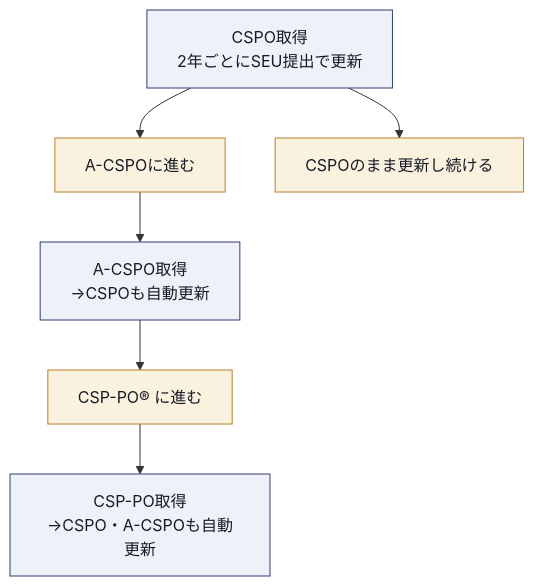
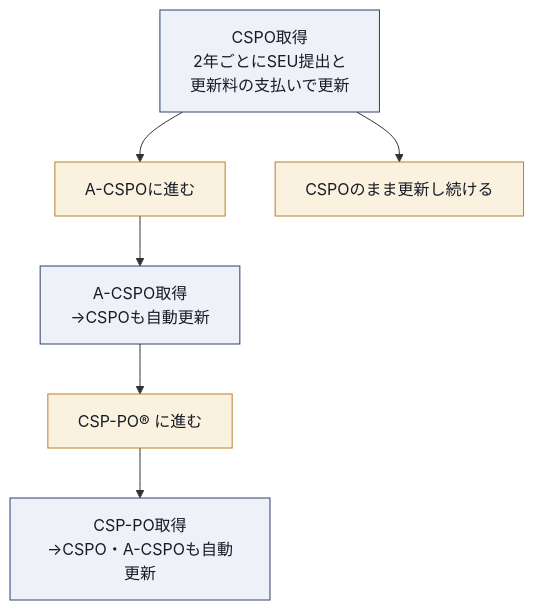
Before and after one commit to myoshi2891/Management-Team-Building-Studies: diagram 14 of 15 in Cspo-certified-scrum-product-owner-study-guide.md, drawn with Mermaid. The commit also changed other lines of this file and 3 other files, not shown here.

````diff
--- a/Cspo-certified-scrum-product-owner-study-guide.md
+++ b/Cspo-certified-scrum-product-owner-study-guide.md
@@ -921,13 +921,13 @@
 ```mermaid
 flowchart TD
-    CSPO["CSPO取得<br/>2年ごとにSEU提出で更新"] --> Path1["A-CSPOに進む"]
+    CSPO["CSPO取得<br/>2年ごとにSEU提出と<br/>更新料の支払いで更新"] --> Path1["A-CSPOに進む"]
     CSPO --> Path2["CSPOのまま更新し続ける"]
     Path1 --> ACSPO["A-CSPO取得<br/>→CSPOも自動更新"]
     ACSPO --> Path3["CSP-PO® に進む"]
     Path3 --> CSPPO["CSP-PO取得<br/>→CSPO・A-CSPOも自動更新"]
 
     classDef n fill:#EEF1F8,stroke:#2E3F72,color:#161B26
     class CSPO,ACSPO,CSPPO n
     classDef p fill:#FAF1DF,stroke:#B8802A,color:#161B26
     class Path1,Path2,Path3 p
 ```
````
